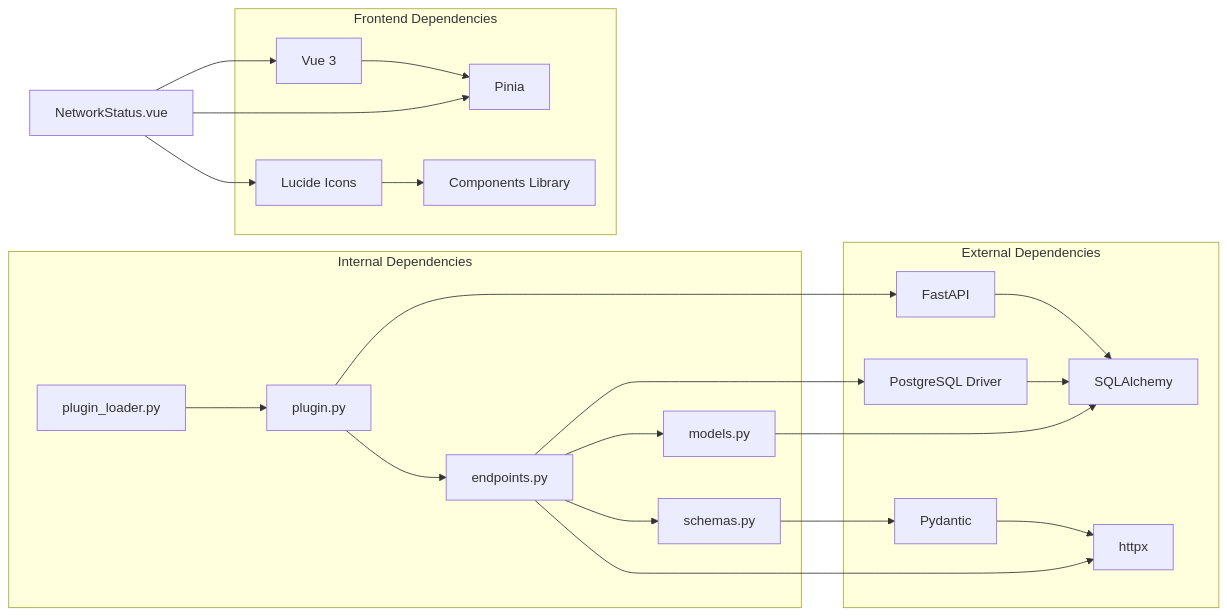
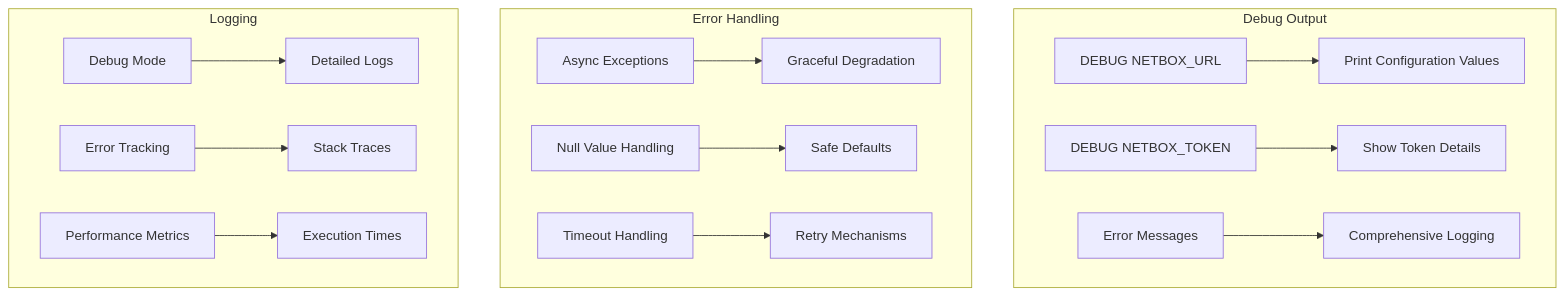
One commit to Nikita5543/New-SSO-02 changed the eighth of 8 diagrams in .qoder/repowiki/en/content/Plugin System Architecture/Built-in Plugins Overview/Network Status Plugin.md. Above: the diagram before and after it, drawn with Mermaid. The commit also changed other lines of this file and 2 other files, not shown here.

Commit message:
Add frontend debug logging for API response

````diff
--- a/.qoder/repowiki/en/content/Plugin System Architecture/Built-in Plugins Overview/Network Status Plugin.md
+++ b/.qoder/repowiki/en/content/Plugin System Architecture/Built-in Plugins Overview/Network Status Plugin.md
@@ -320,26 +400,18 @@
 ```mermaid
-graph LR
-subgraph "Internal Dependencies"
-A[plugin.py] --> B[endpoints.py]
-B --> C[models.py]
-B --> D[schemas.py]
-E[plugin_loader.py] --> A
+graph TB
+subgraph "Debug Output"
+A[DEBUG NETBOX_URL] --> B[Print Configuration Values]
+C[DEBUG NETBOX_TOKEN] --> D[Show Token Details]
+E[Error Messages] --> F[Comprehensive Logging]
 end
-subgraph "External Dependencies"
-F[FastAPI] --> G[SQLAlchemy]
-H[Pydantic] --> I[httpx]
-J[PostgreSQL Driver] --> G
+subgraph "Error Handling"
+G[Async Exceptions] --> H[Graceful Degradation]
+I[Null Value Handling] --> J[Safe Defaults]
+K[Timeout Handling] --> L[Retry Mechanisms]
 end
-subgraph "Frontend Dependencies"
-K[Vue 3] --> L[Pinia]
-M[Lucide Icons] --> N[Components Library]
+subgraph "Logging"
+M[Debug Mode] --> N[Detailed Logs]
+O[Error Tracking] --> P[Stack Traces]
+Q[Performance Metrics] --> R[Execution Times]
 end
-A --> F
-C --> G
-D --> H
-B --> I
-B --> J
-O[NetworkStatus.vue] --> K
-O --> L
-O --> M
 ```
````
